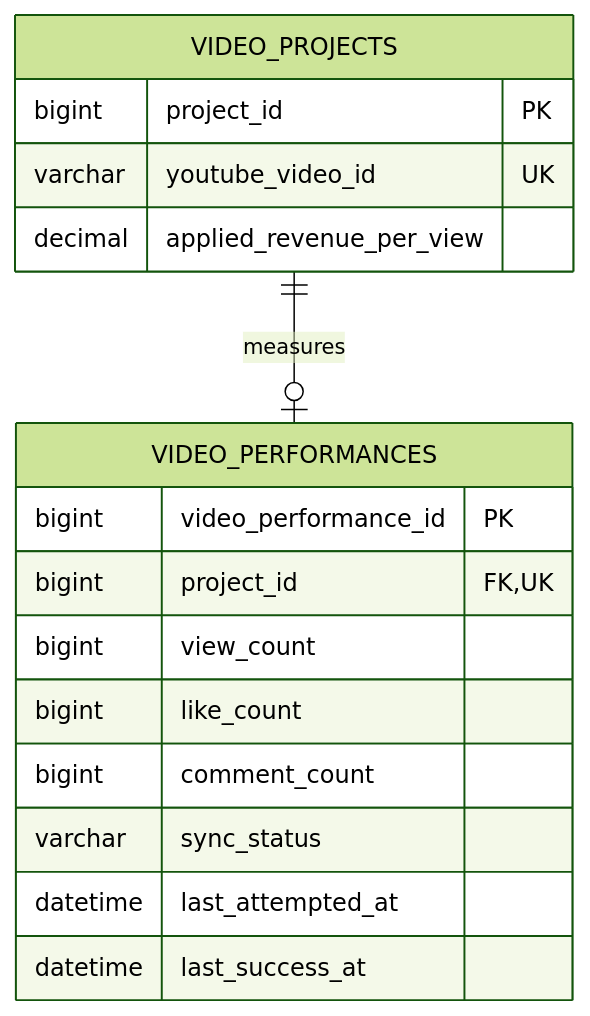
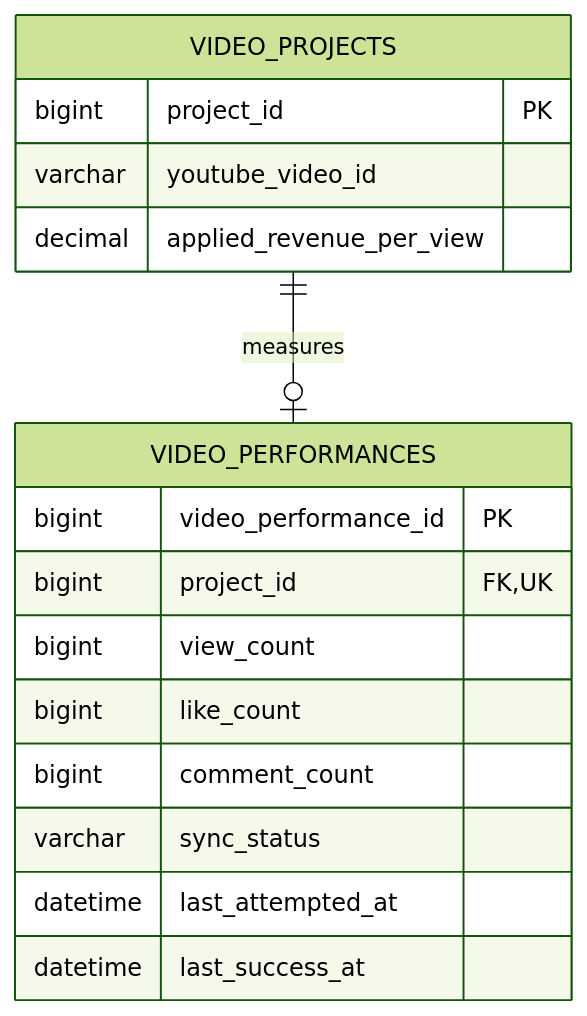
Before and after one commit to heebaek200/yms-project: the sixth of 6 diagrams in docs/design/데이터베이스 설계 및 ERD.md, drawn with Mermaid (forest theme). The commit also changed other lines of this file, not shown here.

````diff
--- a/docs/design/데이터베이스 설계 및 ERD.md
+++ b/docs/design/데이터베이스 설계 및 ERD.md
@@ -1014,21 +1086,21 @@
 ```mermaid
 erDiagram
     VIDEO_PROJECTS {
         bigint project_id PK
-        varchar youtube_video_id UK
+        varchar youtube_video_id
         decimal applied_revenue_per_view
     }
 
     VIDEO_PERFORMANCES {
         bigint video_performance_id PK
         bigint project_id FK,UK
         bigint view_count
         bigint like_count
         bigint comment_count
         varchar sync_status
         datetime last_attempted_at
         datetime last_success_at
     }
 
     VIDEO_PROJECTS ||--o| VIDEO_PERFORMANCES : measures
 ```
````
